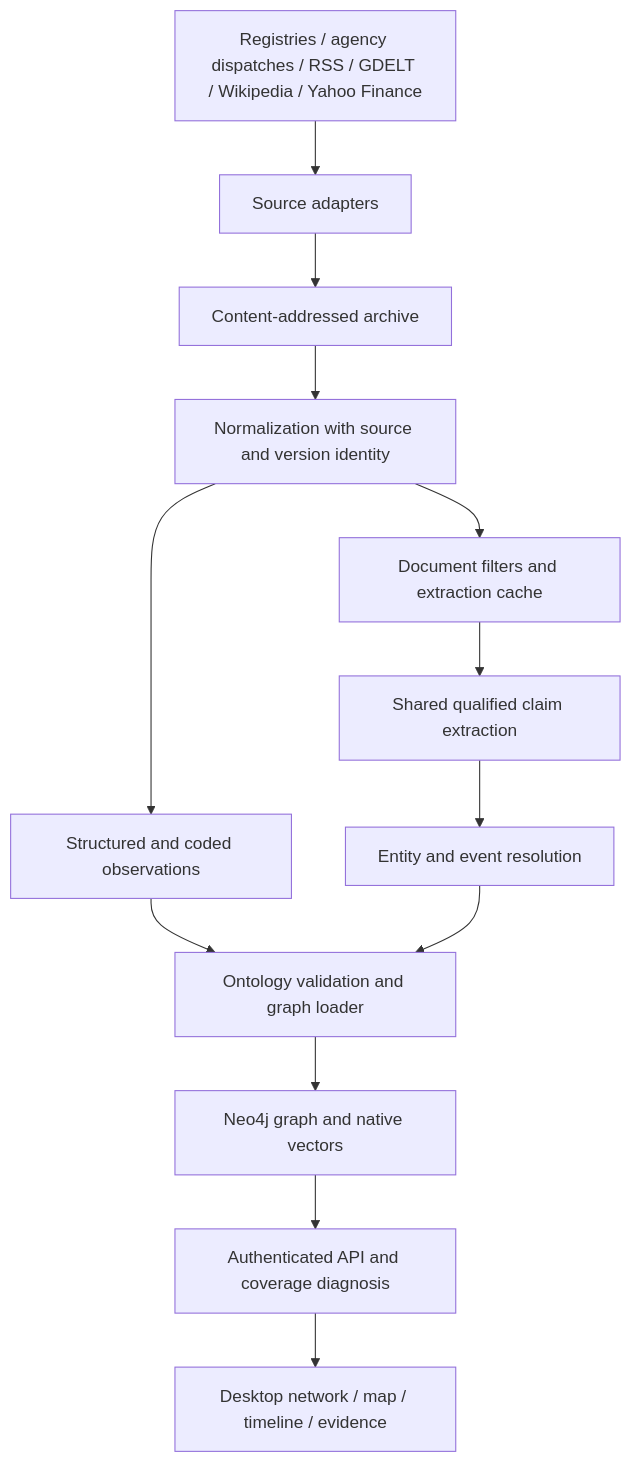
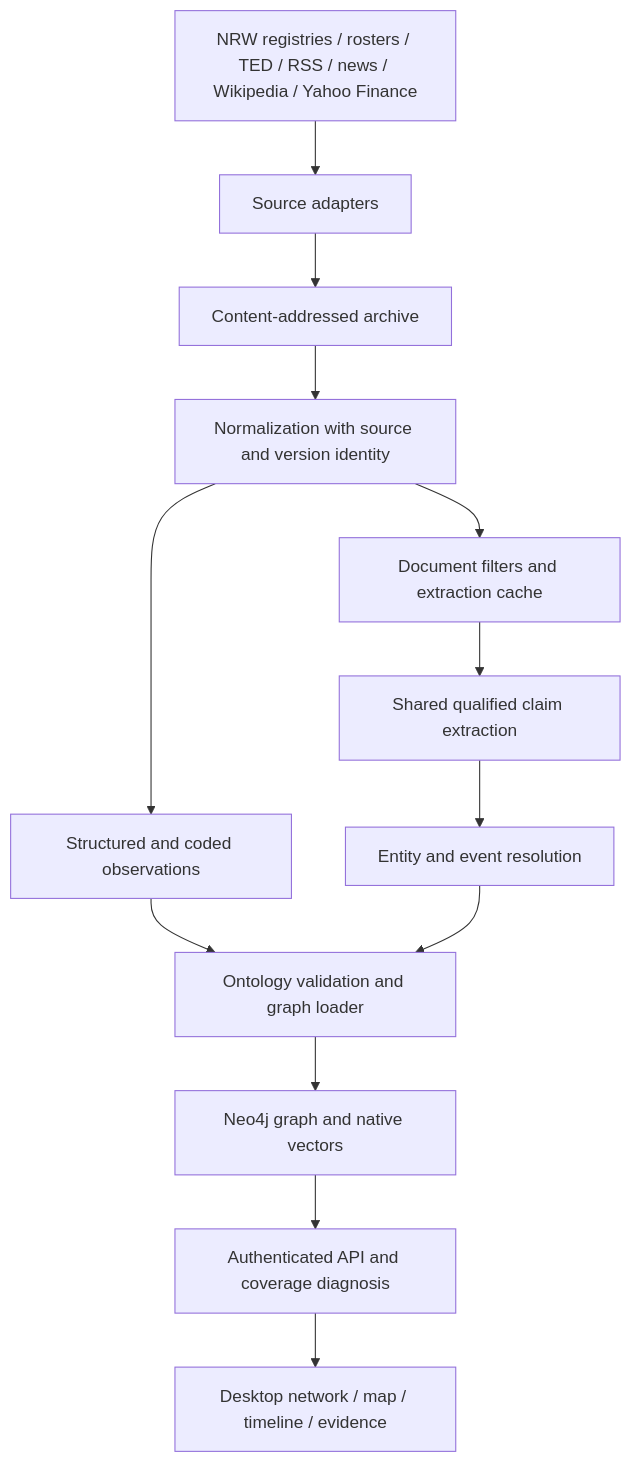
One commit to playa77/limes changed the diagram in docs/LIMES_Design_Document_v2.0.0.md. Above: the diagram before and after it, drawn with Mermaid. The commit also changed other lines of this file and 6 other files, not shown here.

````diff
--- a/docs/LIMES_Design_Document_v2.0.0.md
+++ b/docs/LIMES_Design_Document_v2.0.0.md
@@ -176,15 +189,15 @@
 ```mermaid
 flowchart TD
-    S[Registries / agency dispatches / RSS / GDELT / Wikipedia / Yahoo Finance] --> A[Source adapters]
+    S[NRW registries / rosters / TED / RSS / news / Wikipedia / Yahoo Finance] --> A[Source adapters]
     A --> R[Content-addressed archive]
     R --> N[Normalization with source and version identity]
     N --> C[Structured and coded observations]
     N --> G[Document filters and extraction cache]
     G --> X[Shared qualified claim extraction]
     X --> E[Entity and event resolution]
     C --> L[Ontology validation and graph loader]
     E --> L
     L --> DB[Neo4j graph and native vectors]
     DB --> API[Authenticated API and coverage diagnosis]
     API --> UI[Desktop network / map / timeline / evidence]
 ```
````
